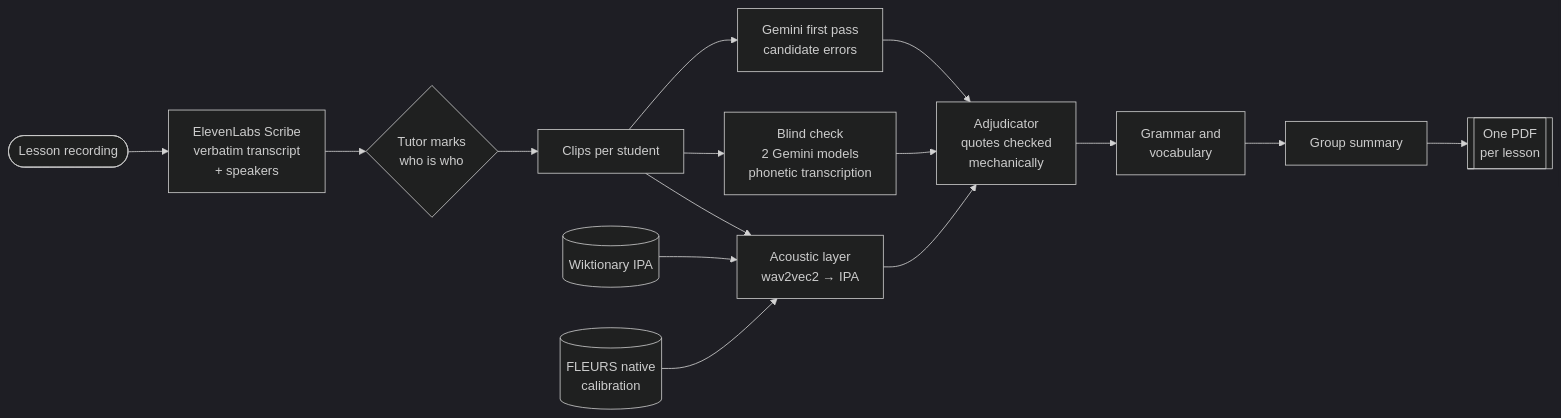
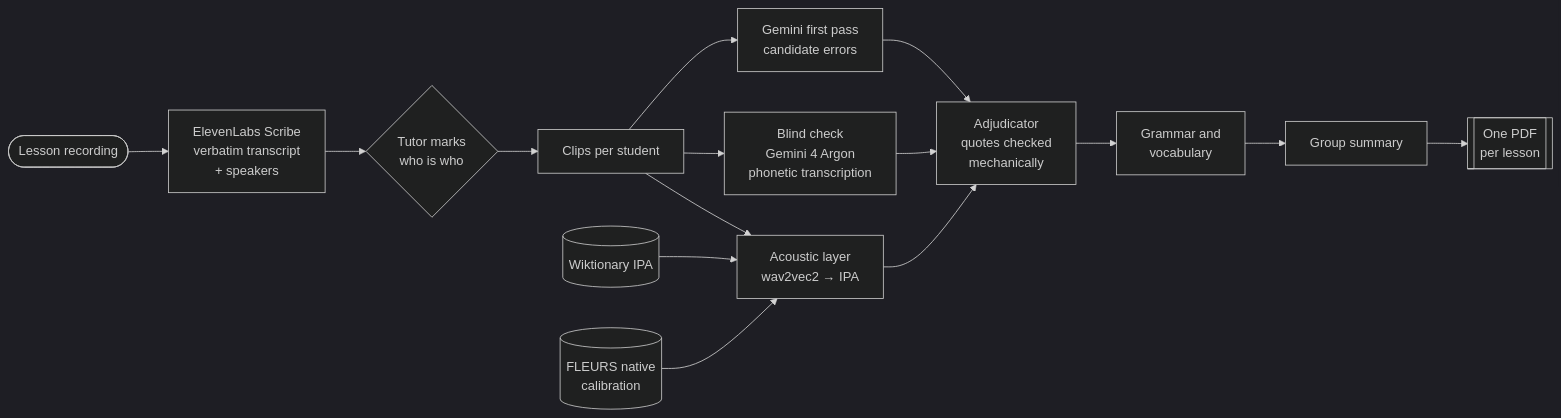
One commit to leovvay/vymova changed the first of 2 diagrams in README.md. Above: the diagram before and after it, drawn with Mermaid (dark theme). The commit also changed other lines of this file and 12 other files, not shown here.

First line of the commit message:
feat: single blind model (Gemini 4 Argon) by default; confirmation needs 2+ clips or acoustic support; optional second model in Settings

````diff
--- a/README.md
+++ b/README.md
@@ -62,17 +62,17 @@
 ```mermaid
 flowchart LR
   rec([Lesson recording]) --> scribe[ElevenLabs Scribe<br/>verbatim transcript<br/>+ speakers]
   scribe --> who{Tutor marks<br/>who is who}
   who --> clips[Clips per student]
   clips --> pass1[Gemini first pass<br/>candidate errors]
-  clips --> blind[Blind check<br/>2 Gemini models<br/>phonetic transcription]
+  clips --> blind[Blind check<br/>Gemini 4 Argon<br/>phonetic transcription]
   clips --> ac[Acoustic layer<br/>wav2vec2 → IPA]
   wik[(Wiktionary IPA)] --> ac
   cal[(FLEURS native<br/>calibration)] --> ac
   pass1 --> judge[Adjudicator<br/>quotes checked<br/>mechanically]
   blind --> judge
   ac --> judge
   judge --> lang[Grammar and<br/>vocabulary]
   lang --> sum[Group summary]
   sum --> pdf[[One PDF<br/>per lesson]]
 ```
````
